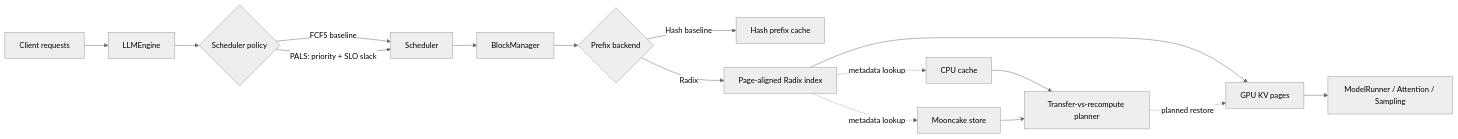
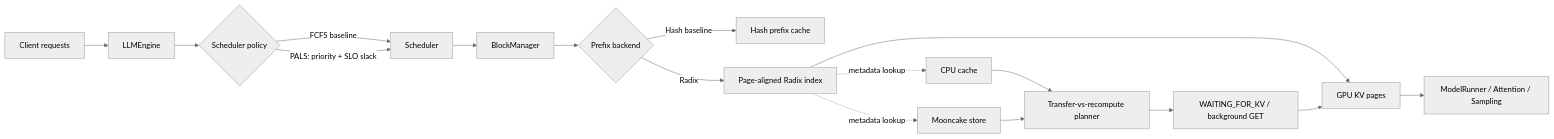
Before and after one commit to Xuhang0607/nano-vllm-qos: the diagram in README.md, drawn with Mermaid (neutral theme). The commit also changed other lines of this file and 13 other files, not shown here.

````diff
--- a/README.md
+++ b/README.md
@@ -47,18 +47,19 @@
 ```mermaid
 flowchart LR
     A[Client requests] --> B[LLMEngine]
     B --> C{Scheduler policy}
     C -->|FCFS baseline| D[Scheduler]
     C -->|PALS: priority + SLO slack| D
     D --> E[BlockManager]
     E --> F{Prefix backend}
     F -->|Hash baseline| G[Hash prefix cache]
     F -->|Radix| H[Page-aligned Radix index]
     H --> I[GPU KV pages]
     H -. metadata lookup .-> J[CPU cache]
     H -. metadata lookup .-> K[Mooncake store]
     J --> L[Transfer-vs-recompute planner]
     K --> L
-    L -. planned restore .-> I
+    L --> N[WAITING_FOR_KV / background GET]
+    N --> I
     I --> M[ModelRunner / Attention / Sampling]
 ```
````
